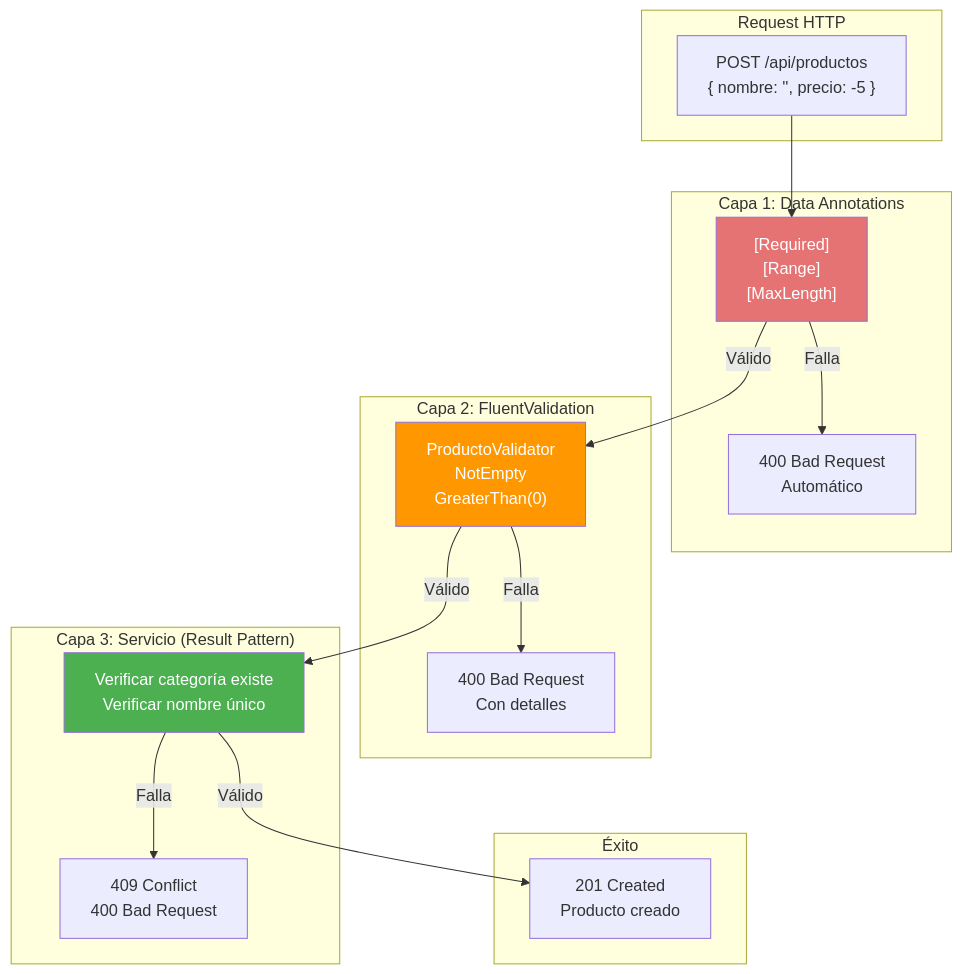
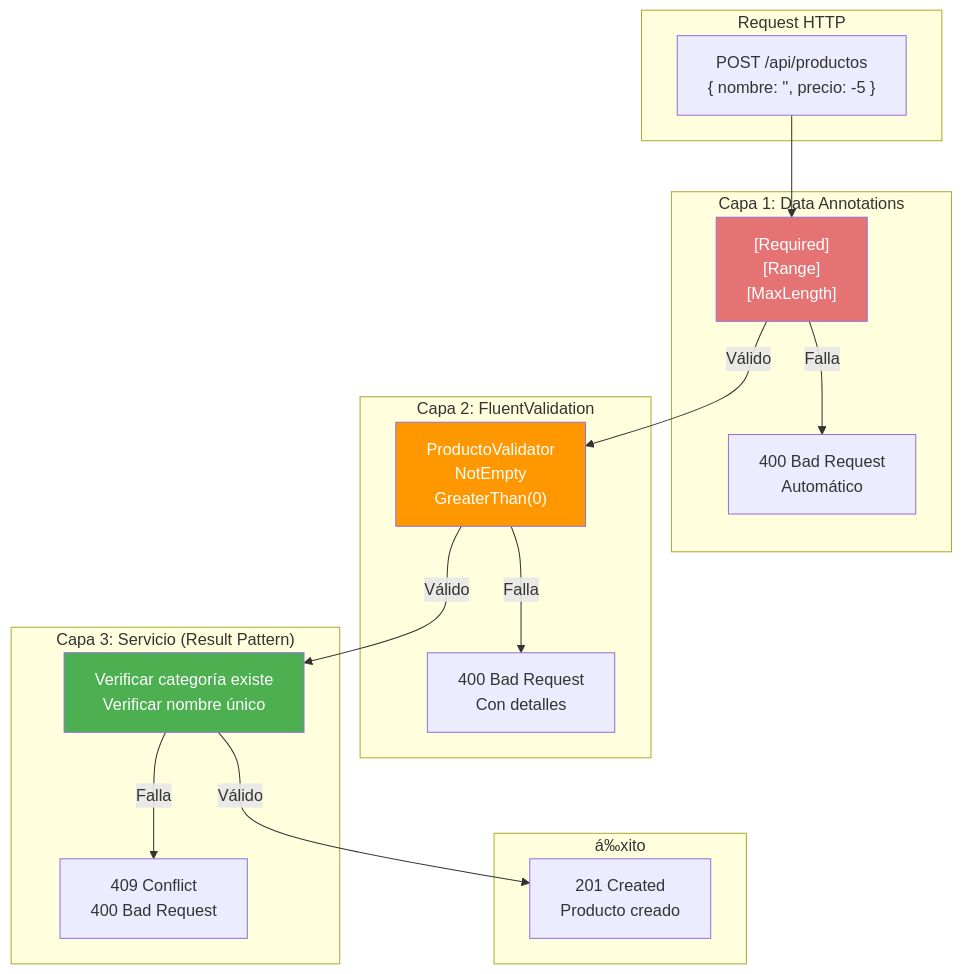
Before and after one commit to joseluisgs/TiendaDawApi-Cqrs-MediatR-NetCore: the first of 4 diagrams in doc/05-validacion-cascada.md, drawn with Mermaid. The commit also changed other lines of this file and 35 other files, not shown here.

````diff
--- a/doc/05-validacion-cascada.md
+++ b/doc/05-validacion-cascada.md
@@ -24,34 +24,34 @@
 ```mermaid
 flowchart TB
     subgraph "Request HTTP"
         REQ["POST /api/productos<br/>{ nombre: '', precio: -5 }"]
     end
     
     subgraph "Capa 1: Data Annotations"
         DA["[Required]<br/>[Range]<br/>[MaxLength]"]
         DA -->|Falla| DA_ERR["400 Bad Request<br/>Automático"]
     end
     
     subgraph "Capa 2: FluentValidation"
         FV["ProductoValidator<br/>NotEmpty<br/>GreaterThan(0)"]
         FV -->|Falla| FV_ERR["400 Bad Request<br/>Con detalles"]
     end
     
     subgraph "Capa 3: Servicio (Result Pattern)"
         SVC["Verificar categoría existe<br/>Verificar nombre único"]
         SVC -->|Falla| SVC_ERR["409 Conflict<br/>400 Bad Request"]
     end
     
-    subgraph "Éxito"
+    subgraph "á‰xito"
         SUCCESS["201 Created<br/>Producto creado"]
     end
     
     REQ --> DA
     DA -->|Válido| FV
     FV -->|Válido| SVC
     SVC -->|Válido| SUCCESS
     
     style DA fill:#E57373,color:#ffffff
     style FV fill:#FF9800,color:#ffffff
     style SVC fill:#4CAF50,color:#ffffff
 ```
````
